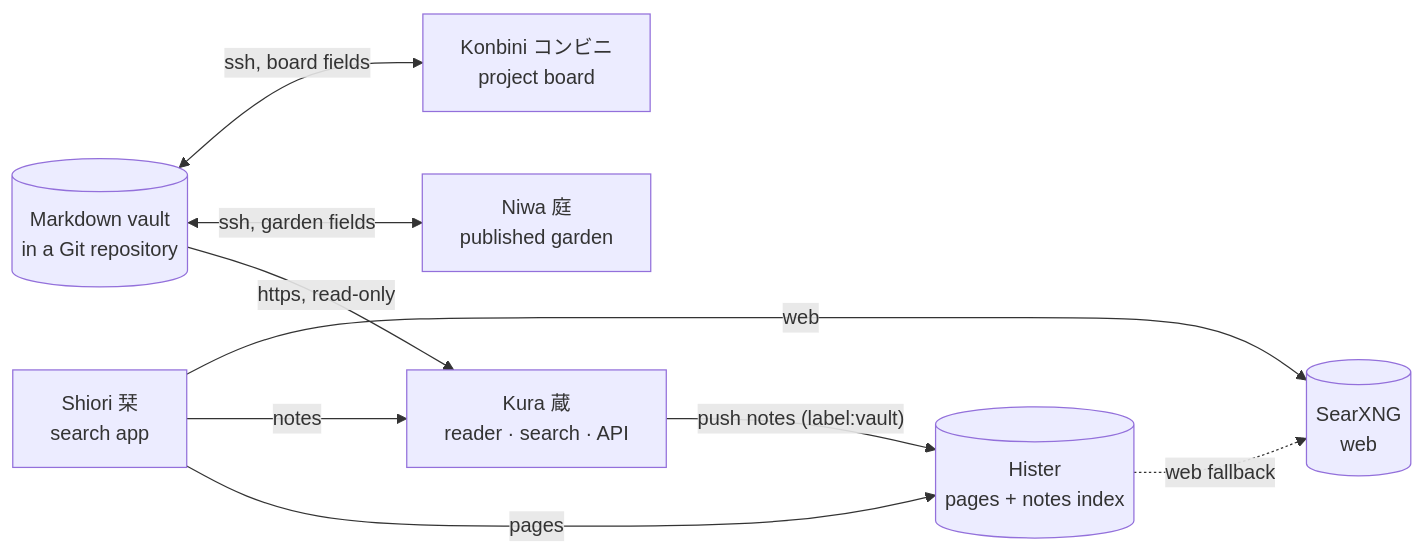
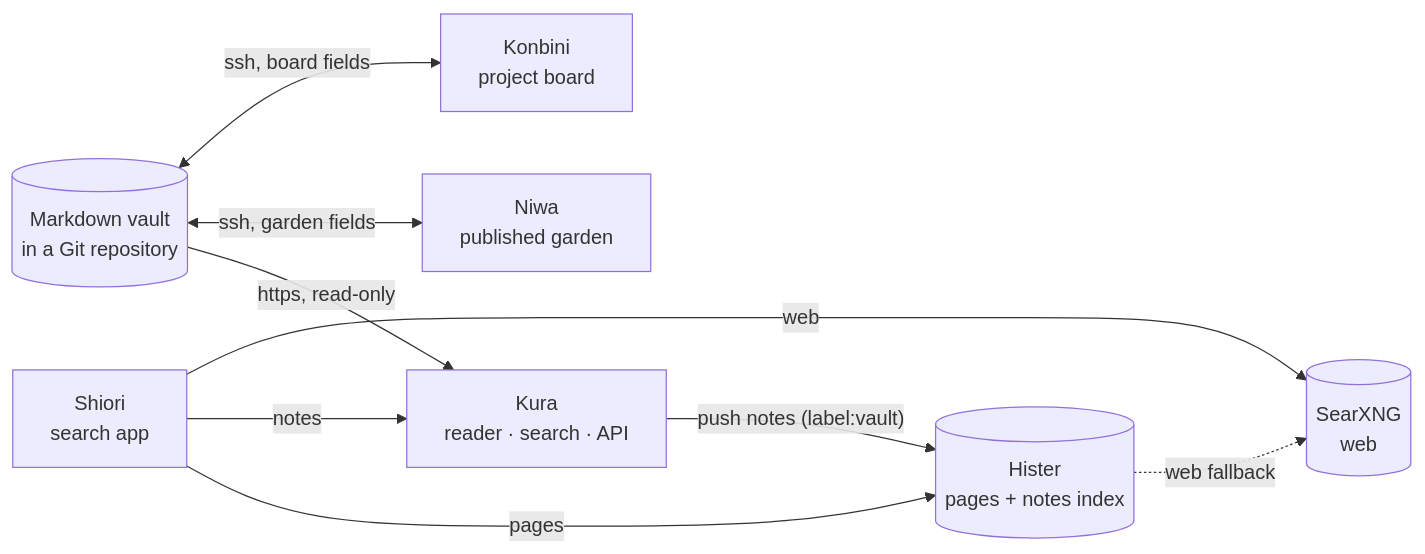
One commit to machiya-kobo/machiya changed the diagram in README.md. Above: the diagram before and after it, drawn with Mermaid. The commit also changed other lines of this file, not shown here.

Commit message:
machiya: README: no Japanese characters (tables, diagram, Quickstart); the names' meanings in English (owner)

````diff
--- a/README.md
+++ b/README.md
@@ -23,19 +23,19 @@
 ```mermaid
 flowchart LR
     vault[("Markdown vault<br/>in a Git repository")]
-    kura["Kura 蔵<br/>reader · search · API"]
-    niwa["Niwa 庭<br/>published garden"]
-    konbini["Konbini コンビニ<br/>project board"]
-    shiori["Shiori 栞<br/>search app"]
+    kura["Kura<br/>reader · search · API"]
+    niwa["Niwa<br/>published garden"]
+    konbini["Konbini<br/>project board"]
+    shiori["Shiori<br/>search app"]
     hister[("Hister<br/>pages + notes index")]
     searx[("SearXNG<br/>web")]
 
     vault -- "https, read-only" --> kura
     vault <-- "ssh, garden fields" --> niwa
     vault <-- "ssh, board fields" --> konbini
     kura -- "push notes (label:vault)" --> hister
     shiori -- pages --> hister
     shiori -- notes --> kura
     shiori -- web --> searx
     hister -. "web fallback" .-> searx
 ```
````
